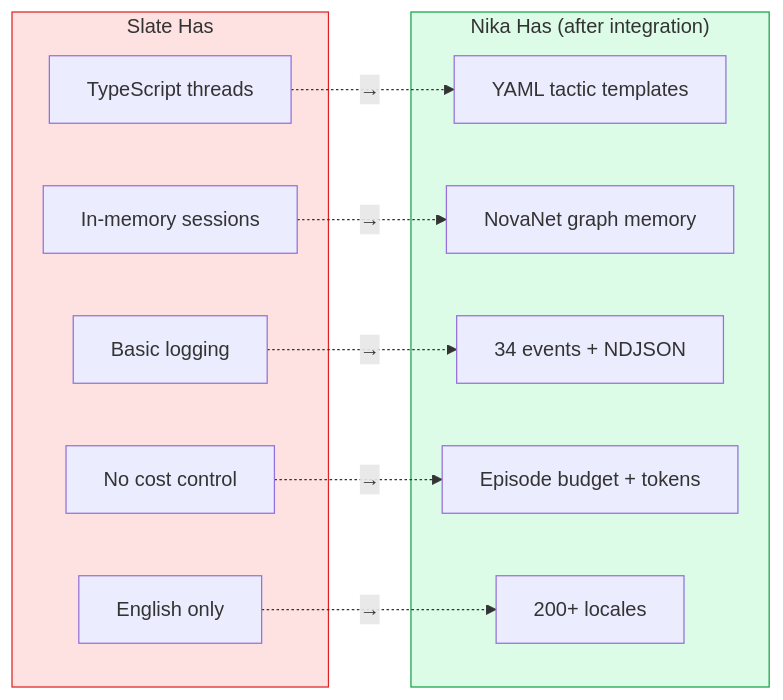
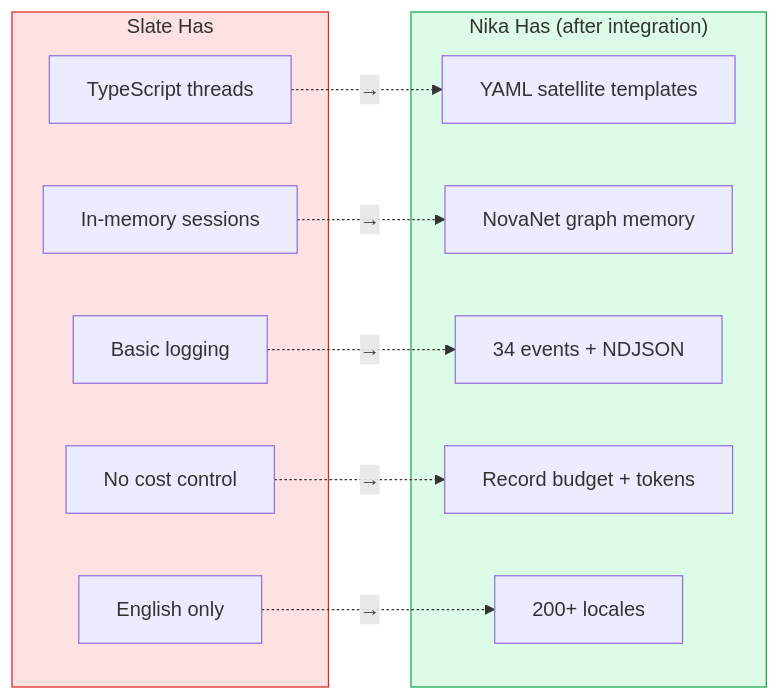
The sixth of 8 diagrams in docs/brainstorm/nika-evolution/07-slate-deep-integration.md (supernovae-st/nika), drawn with Mermaid before and after one commit. The commit also changed other lines of this file and 12 other files, not shown here.

````diff
--- a/docs/brainstorm/nika-evolution/07-slate-deep-integration.md
+++ b/docs/brainstorm/nika-evolution/07-slate-deep-integration.md
@@ -257,27 +257,27 @@
 ```mermaid
 flowchart LR
     subgraph SLATE_HAS["Slate Has"]
         S1["TypeScript threads"]
         S2["In-memory sessions"]
         S3["Basic logging"]
         S4["No cost control"]
         S5["English only"]
     end
 
     subgraph NIKA_HAS["Nika Has (after integration)"]
-        N1["YAML tactic templates"]
+        N1["YAML satellite templates"]
         N2["NovaNet graph memory"]
         N3["34 events + NDJSON"]
-        N4["Episode budget + tokens"]
+        N4["Record budget + tokens"]
         N5["200+ locales"]
     end
 
     S1 -.->|"→"| N1
     S2 -.->|"→"| N2
     S3 -.->|"→"| N3
     S4 -.->|"→"| N4
     S5 -.->|"→"| N5
 
     style SLATE_HAS fill:#fee2e2,stroke:#dc2626
     style NIKA_HAS fill:#dcfce7,stroke:#16a34a
 ```
````
